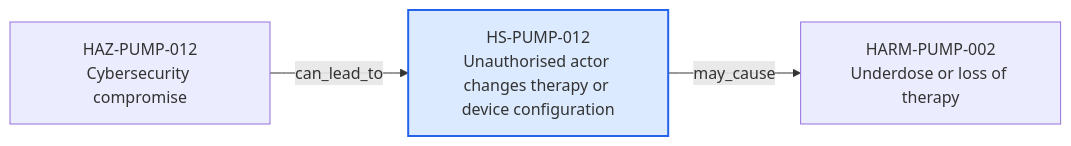
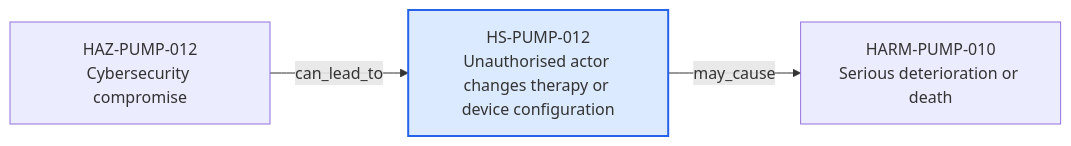
Before and after one commit to mvattulainen/mdrontology: the diagram in content/06-Infpump FlowGuard ontology notes/hazardous-situation/HS-PUMP-012-unauthorised-actor-changes-therapy-or-device-configuration.md, drawn with Mermaid. The commit also changed other lines of this file and 321 other files, not shown here.

Commit message:
Implement Mermaid ontology audit findings

````diff
--- a/content/06-Infpump FlowGuard ontology notes/hazardous-situation/HS-PUMP-012-unauthorised-actor-changes-therapy-or-device-configuration.md
+++ b/content/06-Infpump FlowGuard ontology notes/hazardous-situation/HS-PUMP-012-unauthorised-actor-changes-therapy-or-device-configuration.md
@@ -69,10 +71,10 @@
 ```mermaid
 flowchart LR
   CURRENT["HS-PUMP-012<br/>Unauthorised actor changes therapy or device configuration"]
   PREV0["HAZ-PUMP-012<br/>Cybersecurity compromise"]
   PREV0 -->|"can_lead_to"| CURRENT
-  NEXT0["HARM-PUMP-002<br/>Underdose or loss of therapy"]
+  NEXT0["HARM-PUMP-010<br/>Serious deterioration or death"]
   CURRENT -->|"may_cause"| NEXT0
   classDef current fill:#dbeafe,stroke:#2563eb,stroke-width:2px
   class CURRENT current
 ```
````
